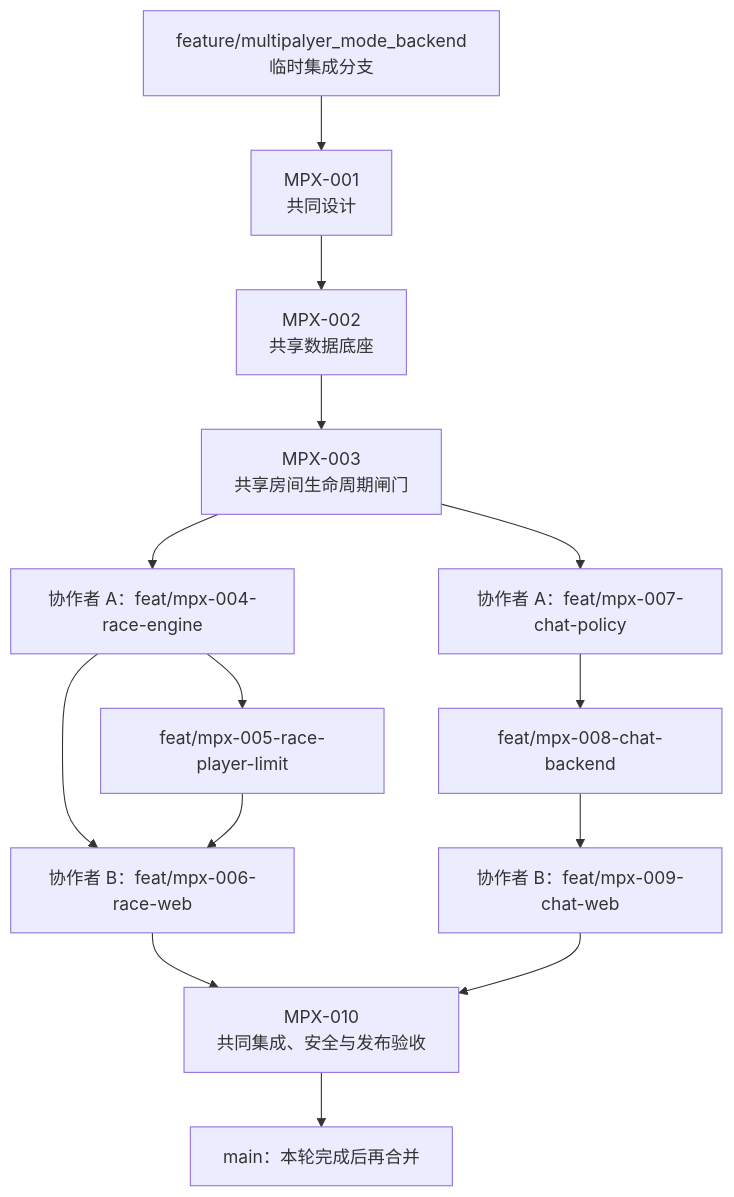
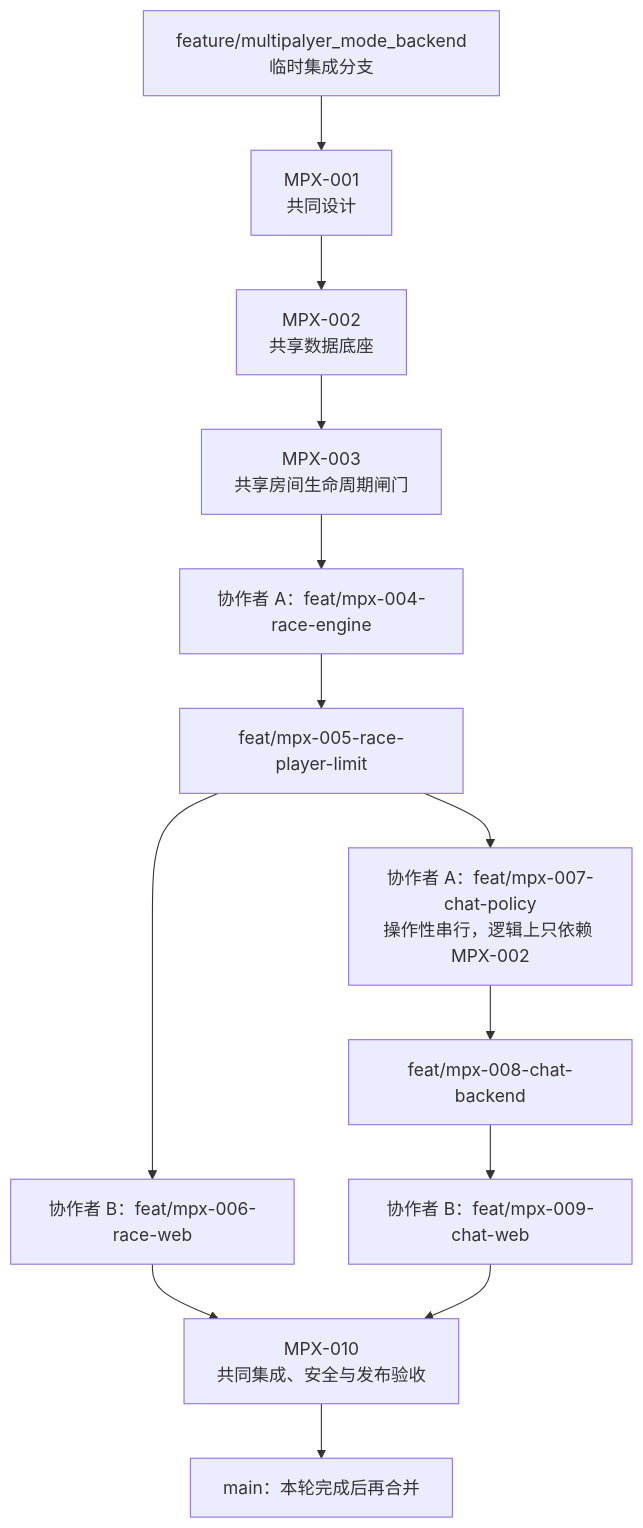
One commit to jachinzhang1/TouhouFlandre changed the sixth of 6 diagrams in docs/multiplayer-expansion/README.md. Above: the diagram before and after it, drawn with Mermaid. The commit also changed other lines of this file and 10 other files, not shown here.

Commit message:
docs(multiplayer): refine expansion roadmap

````diff
--- a/docs/multiplayer-expansion/README.md
+++ b/docs/multiplayer-expansion/README.md
@@ -167,20 +211,19 @@
 ```mermaid
 flowchart TD
     INT["feature/multipalyer_mode_backend<br/>临时集成分支"]
     INT --> S1["MPX-001<br/>共同设计"]
     S1 --> S2["MPX-002<br/>共享数据底座"]
     S2 --> S3["MPX-003<br/>共享房间生命周期闸门"]
 
     S3 --> A4["协作者 A：feat/mpx-004-race-engine"]
     A4 --> A5["feat/mpx-005-race-player-limit"]
-    A4 --> B6["协作者 B：feat/mpx-006-race-web"]
-    A5 --> B6
+    A5 --> B6["协作者 B：feat/mpx-006-race-web"]
 
-    S3 --> A7["协作者 A：feat/mpx-007-chat-policy"]
+    A5 --> A7["协作者 A：feat/mpx-007-chat-policy<br/>操作性串行，逻辑上只依赖 MPX-002"]
     A7 --> A8["feat/mpx-008-chat-backend"]
     A8 --> B9["协作者 B：feat/mpx-009-chat-web"]
 
     B6 --> QA["MPX-010<br/>共同集成、安全与发布验收"]
     B9 --> QA
     QA --> MAIN["main：本轮完成后再合并"]
 ```
````
